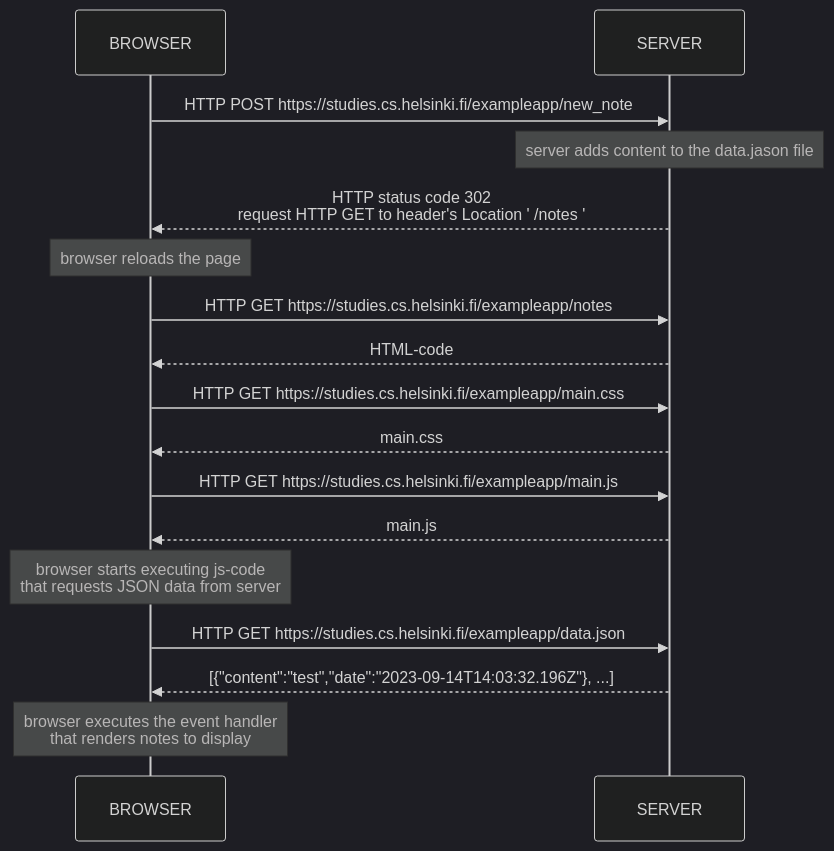
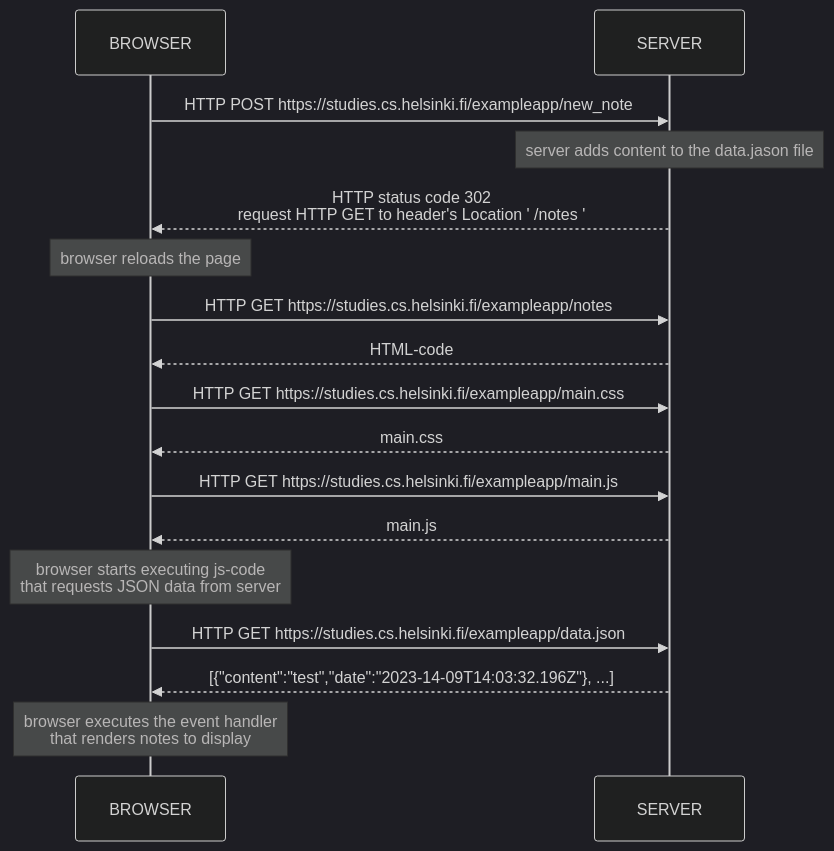
One commit to OVCZAR/Zawodowy changed the diagram in Folder/0.4.md. Above: the diagram before and after it, drawn with Mermaid (dark theme).

````diff
--- a/Folder/0.4.md
+++ b/Folder/0.4.md
@@ -1,23 +1,23 @@
 ```mermaid
 sequenceDiagram
 
     BROWSER->>SERVER: HTTP POST https://studies.cs.helsinki.fi/exampleapp/new_note
     Note over SERVER: server adds content to the data.jason file
     SERVER-->>BROWSER: HTTP status code 302 <br> request HTTP GET to header's Location ' /notes '
     Note over BROWSER: browser reloads the page
     BROWSER->>SERVER: HTTP GET https://studies.cs.helsinki.fi/exampleapp/notes
     SERVER-->>BROWSER: HTML-code
     BROWSER->>SERVER: HTTP GET https://studies.cs.helsinki.fi/exampleapp/main.css
     SERVER-->>BROWSER: main.css
     BROWSER->>SERVER: HTTP GET https://studies.cs.helsinki.fi/exampleapp/main.js
     SERVER-->>BROWSER: main.js
 
     Note over BROWSER: browser starts executing js-code <br> that requests JSON data from server 
 
     BROWSER->>SERVER: HTTP GET https://studies.cs.helsinki.fi/exampleapp/data.json
-    SERVER-->>BROWSER: [{"content":"test","date":"2023-09-14T14:03:32.196Z"}, ...]
+    SERVER-->>BROWSER: [{"content":"test","date":"2023-14-09T14:03:32.196Z"}, ...]
 
     note over BROWSER: browser executes the event handler <br> that renders notes to display
 
 
 ```
````
